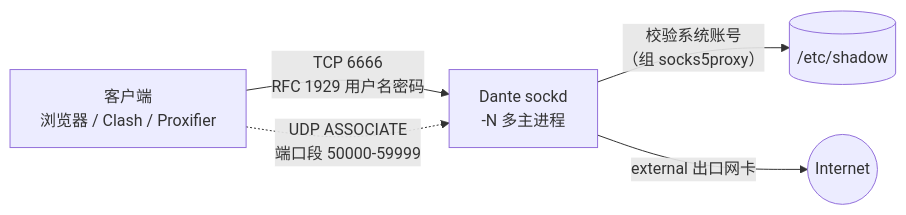
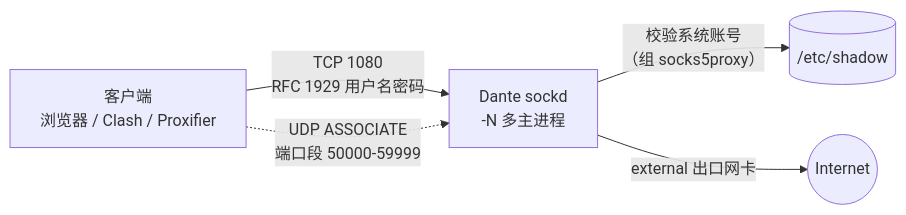
Before and after one commit to tmcoinup/proxy: the first of 2 diagrams in README.md, drawn with Mermaid. The commit also changed other lines of this file and 1 other file, not shown here.

````diff
--- a/README.md
+++ b/README.md
@@ -90,7 +90,7 @@
 ```mermaid
 flowchart LR
-    C["客户端<br/>浏览器 / Clash / Proxifier"] -->|"TCP 6666<br/>RFC 1929 用户名密码"| D["Dante sockd<br/>-N 多主进程"]
+    C["客户端<br/>浏览器 / Clash / Proxifier"] -->|"TCP 1080<br/>RFC 1929 用户名密码"| D["Dante sockd<br/>-N 多主进程"]
     C -.->|"UDP ASSOCIATE<br/>端口段 50000-59999"| D
     D -->|"校验系统账号<br/>（组 socks5proxy）"| S[("/etc/shadow")]
     D -->|"external 出口网卡"| I(("Internet"))
 ```
````
